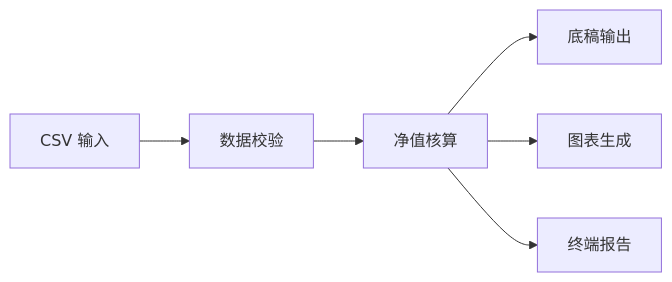
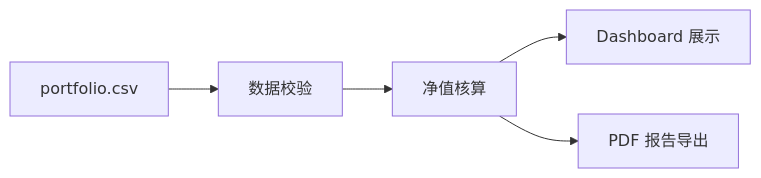
One commit to Haolun123/FamilyFund changed the second of 16 diagrams in ARCHITECTURE_shared.md. Above: the diagram before and after it, drawn with Mermaid. The commit also changed other lines of this file and 5 other files, not shown here.

First line of the commit message:
Add PDF report export, M2 benchmark, update architecture docs

````diff
--- a/ARCHITECTURE_shared.md
+++ b/ARCHITECTURE_shared.md
@@ -105,8 +117,7 @@
 ```mermaid
 flowchart LR
-    A["CSV 输入"] --> B["数据校验"]
+    A["portfolio.csv"] --> B["数据校验"]
     B --> C["净值核算"]
-    C --> D["底稿输出"]
-    C --> E["图表生成"]
-    C --> F["终端报告"]
+    C --> D["Dashboard 展示"]
+    C --> E["PDF 报告导出"]
 ```
````
